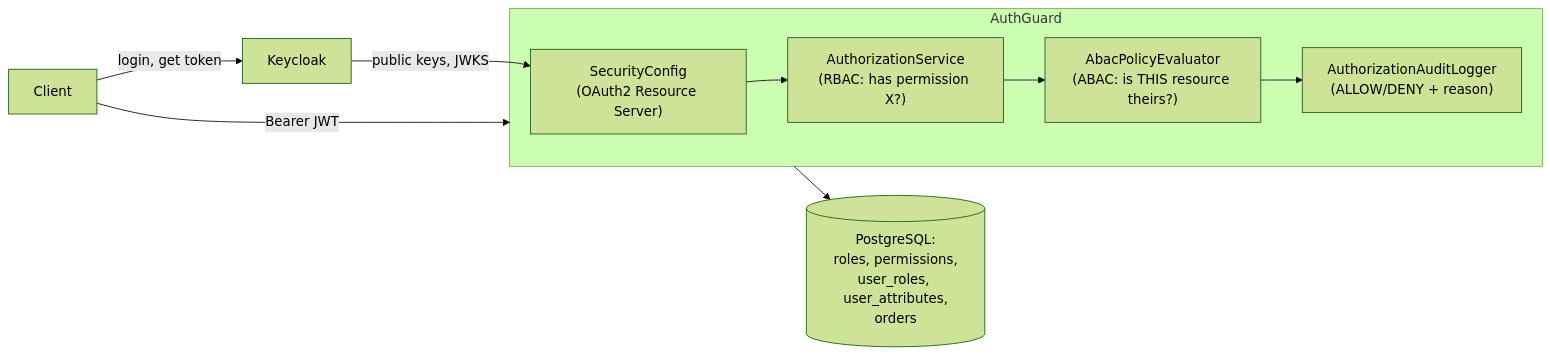
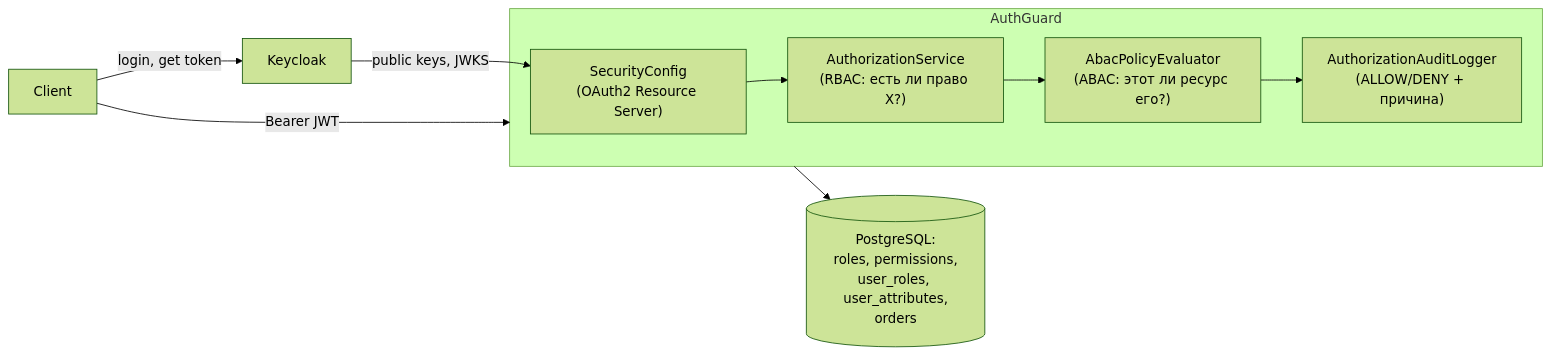
One commit to DeadTail12/authguard changed the diagram in README.md. Above: the diagram before and after it, drawn with Mermaid (forest theme). The commit also changed other lines of this file, not shown here.

````diff
--- a/README.md
+++ b/README.md
@@ -11,14 +11,14 @@
 ```mermaid
 flowchart LR
     Client -->|Bearer JWT| AuthGuard
     Client -->|login, get token| Keycloak
 
     subgraph AuthGuard [AuthGuard]
-        SecurityConfig["SecurityConfig<br/>(OAuth2 Resource Server)"] --> RBAC["AuthorizationService<br/>(RBAC: has permission X?)"]
-        RBAC --> ABAC["AbacPolicyEvaluator<br/>(ABAC: is THIS resource theirs?)"]
-        ABAC --> Audit["AuthorizationAuditLogger<br/>(ALLOW/DENY + reason)"]
+        SecurityConfig["SecurityConfig<br/>(OAuth2 Resource Server)"] --> RBAC["AuthorizationService<br/>(RBAC: есть ли право X?)"]
+        RBAC --> ABAC["AbacPolicyEvaluator<br/>(ABAC: этот ли ресурс его?)"]
+        ABAC --> Audit["AuthorizationAuditLogger<br/>(ALLOW/DENY + причина)"]
     end
 
     Keycloak -->|public keys, JWKS| SecurityConfig
     AuthGuard --> Postgres[(PostgreSQL:<br/>roles, permissions,<br/>user_roles, user_attributes,<br/>orders)]
 ```
````
